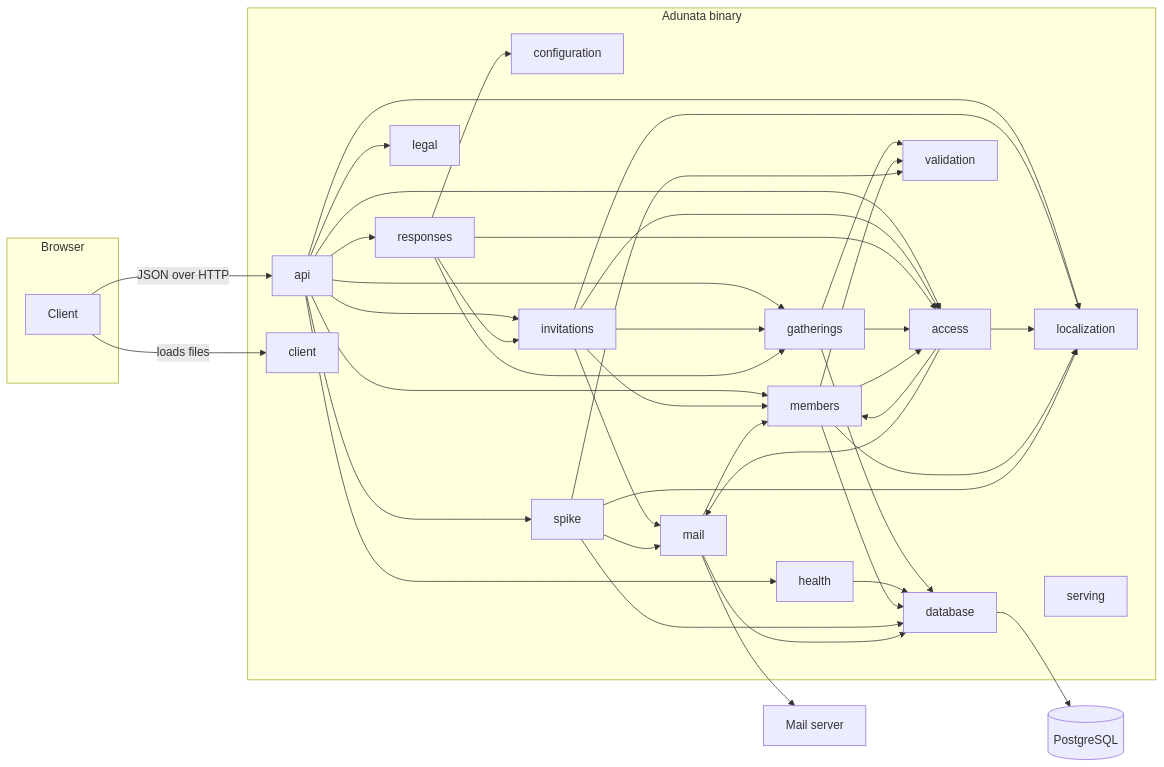
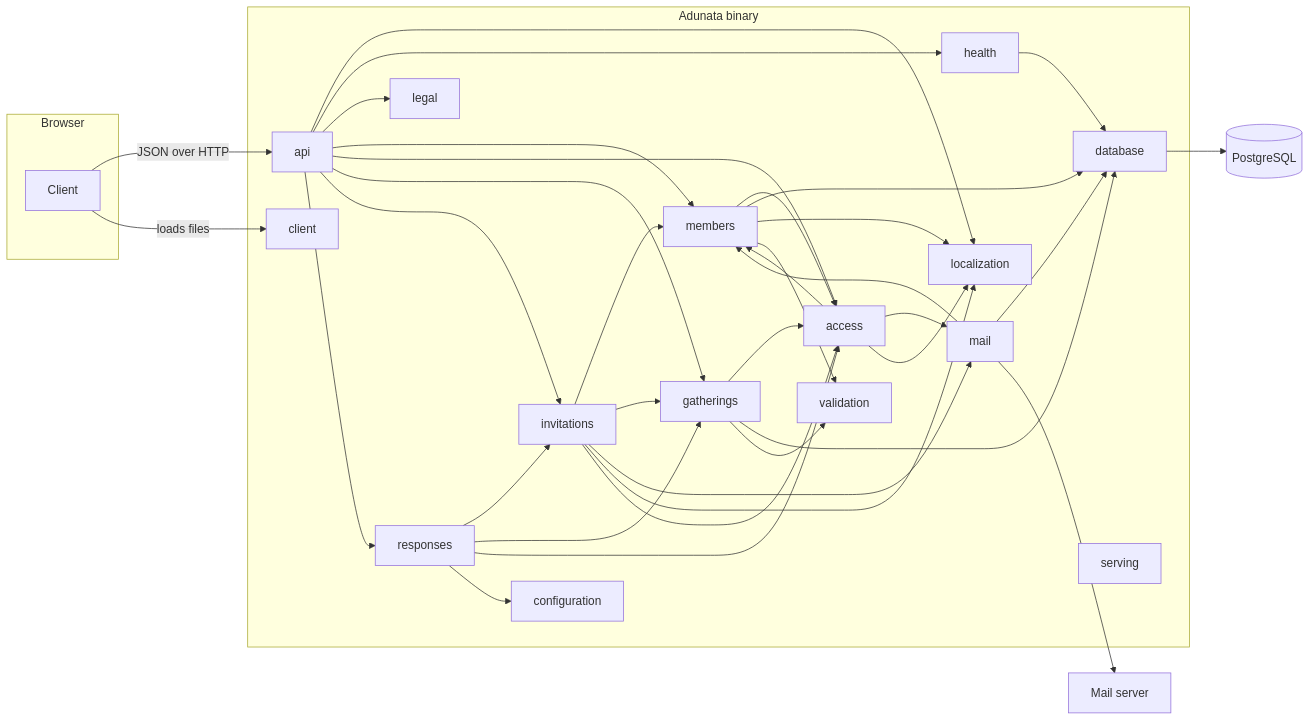
Before and after one commit to kammerchor-wernigerode/adunata: the diagram in docs/arc42/05-building-block-view.md, drawn with Mermaid. The commit also changed other lines of this file and 32 other files, not shown here.

````diff
--- a/docs/arc42/05-building-block-view.md
+++ b/docs/arc42/05-building-block-view.md
@@ -7,63 +7,57 @@
 ```mermaid
 flowchart LR
   subgraph browser[Browser]
     client[Client]
   end
   subgraph binary[Adunata binary]
     access[access]
     api[api]
     clientModule[client]
     configuration[configuration]
     database[database]
     gatherings[gatherings]
     health[health]
     invitations[invitations]
     responses[responses]
     legal[legal]
     localization[localization]
     mail[mail]
     members[members]
-    spike[spike]
     serving[serving]
     validation[validation]
   end
   client -- JSON over HTTP --> api
   client -- loads files --> clientModule
-  api --> spike
   api --> localization
   api --> health
   api --> legal
   api --> members
   api --> access
   api --> gatherings
   api --> invitations
   api --> responses
   invitations --> members
   invitations --> gatherings
   invitations --> mail
   invitations --> localization
   invitations --> access
   responses --> invitations
   responses --> gatherings
   responses --> access
   responses --> configuration
   gatherings --> access
   gatherings --> database
   gatherings --> validation
   access --> members
   access --> mail
   access --> localization
   members --> access
   health --> database
   members --> database
   members --> localization
   members --> validation
-  spike --> validation
   mail --> members
-  spike --> database
-  spike --> mail
-  spike --> localization
   mail --> database
   database --> postgres[(PostgreSQL)]
   mail --> smtp[Mail server]
 ```
````
